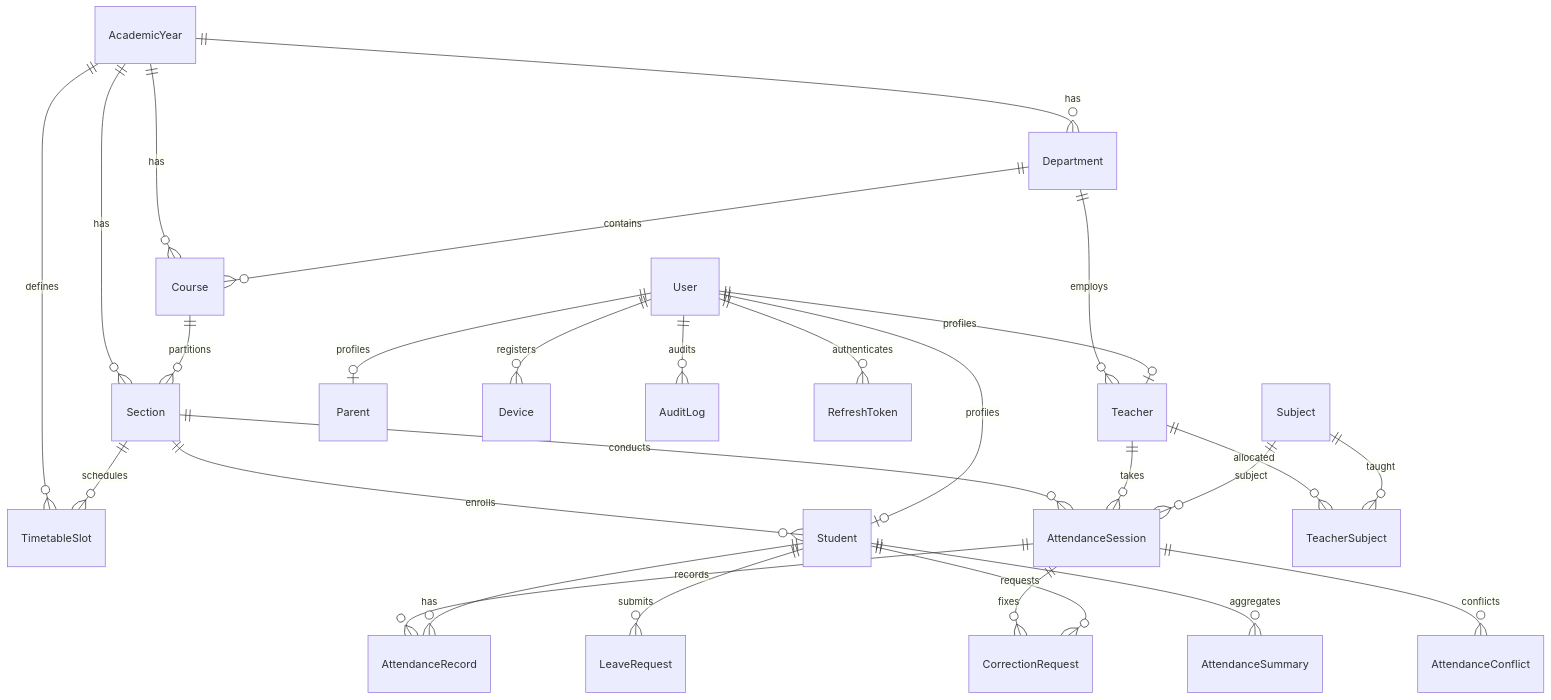
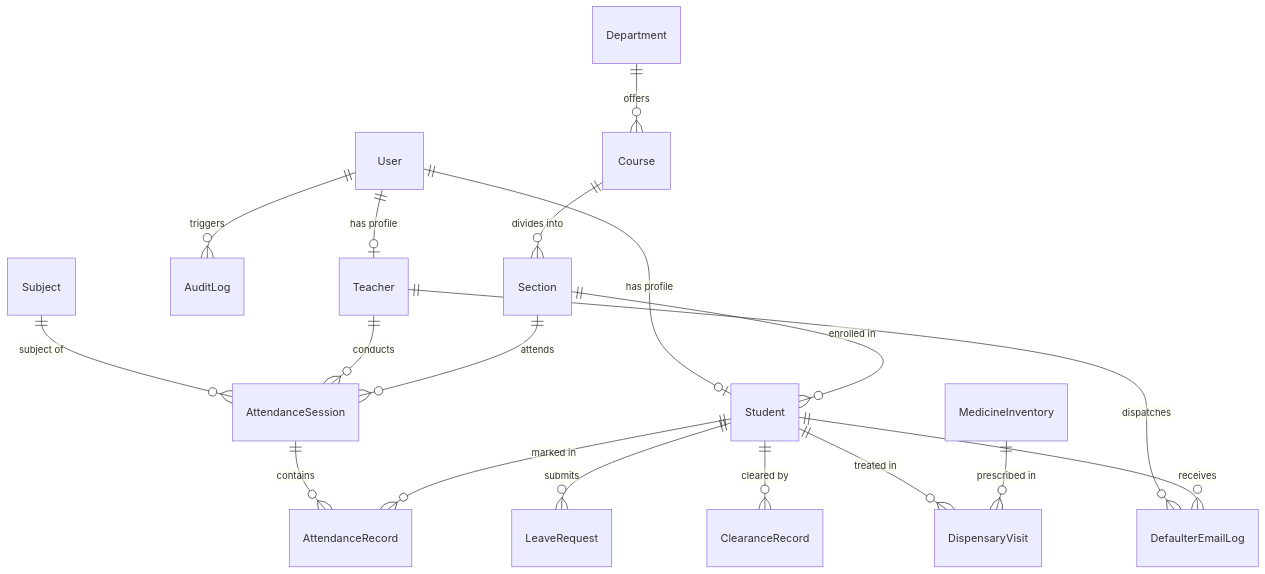
One commit to mudit-code/Attend-AI changed the second of 2 diagrams in README.md. Above: the diagram before and after it, drawn with Mermaid. The commit also changed other lines of this file and 6 other files, not shown here.

Commit message:
docs: update system architecture specifications, workflow designs, and comprehensive reports

````diff
--- a/README.md
+++ b/README.md
@@ -201,30 +203,25 @@
 ```mermaid
 erDiagram
-    AcademicYear ||--o{ Department : has
-    AcademicYear ||--o{ Course : has
-    AcademicYear ||--o{ Section : has
-    AcademicYear ||--o{ TimetableSlot : defines
-    Department ||--o{ Course : contains
-    Department ||--o{ Teacher : employs
-    Course ||--o{ Section : partitions
-    Section ||--o{ Student : enrolls
-    Section ||--o{ TimetableSlot : schedules
-    Section ||--o{ AttendanceSession : conducts
-    User ||--o| Teacher : profiles
-    User ||--o| Student : profiles
-    User ||--o| Parent : profiles
-    User ||--o{ Device : registers
-    User ||--o{ AuditLog : audits
-    User ||--o{ RefreshToken : authenticates
-    Teacher ||--o{ TeacherSubject : allocated
-    Teacher ||--o{ AttendanceSession : takes
-    Subject ||--o{ TeacherSubject : taught
-    Subject ||--o{ AttendanceSession : subject
-    AttendanceSession ||--o{ AttendanceRecord : records
-    AttendanceSession ||--o{ AttendanceConflict : conflicts
-    AttendanceSession ||--o{ CorrectionRequest : fixes
-    Student ||--o{ AttendanceRecord : has
-    Student ||--o{ LeaveRequest : submits
-    Student ||--o{ CorrectionRequest : requests
-    Student ||--o{ AttendanceSummary : aggregates
+    User ||--o| Student : "has profile"
+    User ||--o| Teacher : "has profile"
+    User ||--o{ AuditLog : "triggers"
+    
+    Department ||--o{ Course : "offers"
+    Course ||--o{ Section : "divides into"
+    Section ||--o{ Student : "enrolled in"
+    
+    Subject ||--o{ AttendanceSession : "subject of"
+    Teacher ||--o{ AttendanceSession : "conducts"
+    Section ||--o{ AttendanceSession : "attends"
+    
+    AttendanceSession ||--o{ AttendanceRecord : "contains"
+    Student ||--o{ AttendanceRecord : "marked in"
+    
+    Student ||--o{ LeaveRequest : "submits"
+    Student ||--o{ ClearanceRecord : "cleared by"
+    Student ||--o{ DispensaryVisit : "treated in"
+    
+    MedicineInventory ||--o{ DispensaryVisit : "prescribed in"
+    Teacher ||--o{ DefaulterEmailLog : "dispatches"
+    Student ||--o{ DefaulterEmailLog : "receives"
 ```
````
